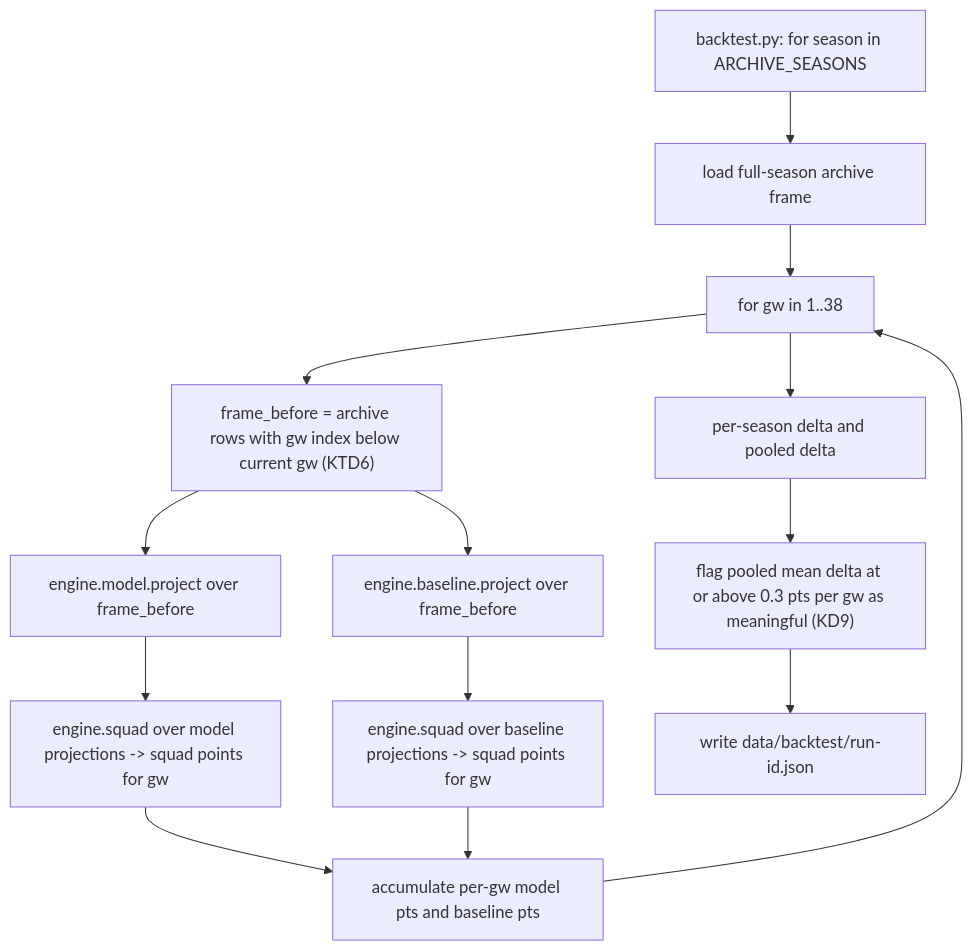
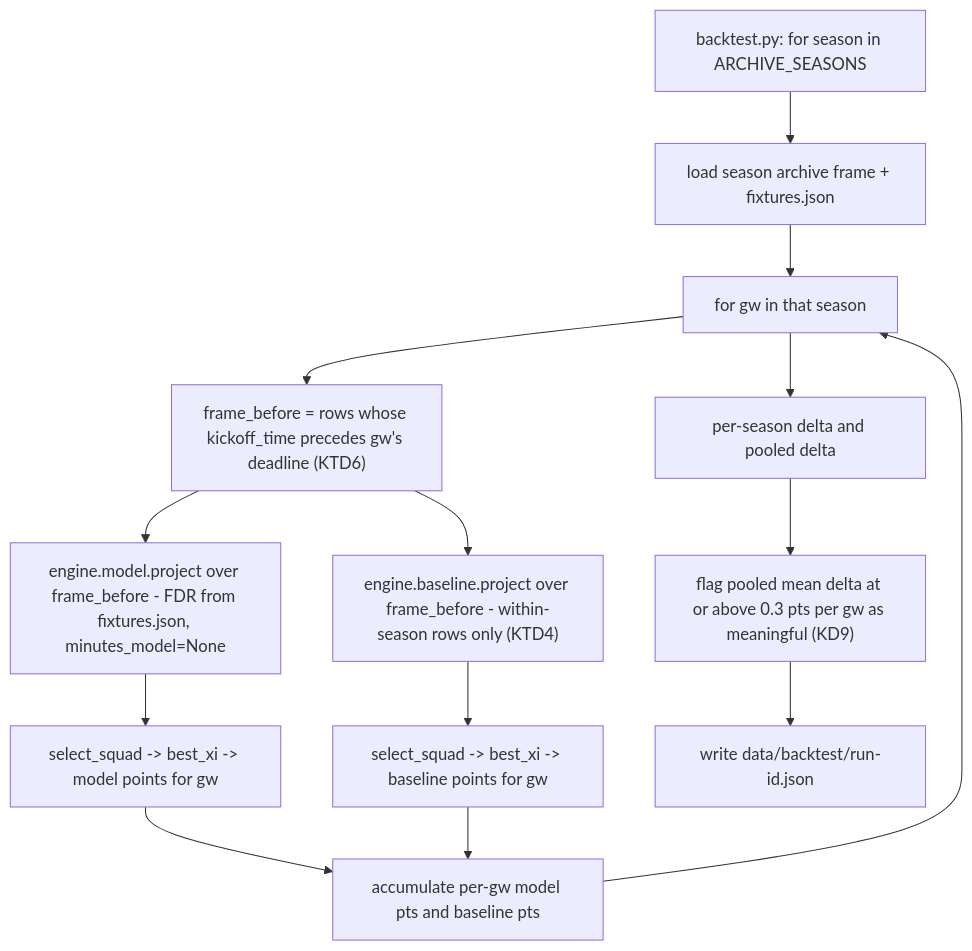
Before and after one commit to natleewhee/fplforecast: the third of 3 diagrams in plans/2026-08-29-1756-feat-fpl-decision-engine-plan.md, drawn with Mermaid. The commit also changed other lines of this file, not shown here.

First line of the commit message:
feat: strengthen FPL decision engine plan after document review

````diff
--- a/plans/2026-08-29-1756-feat-fpl-decision-engine-plan.md
+++ b/plans/2026-08-29-1756-feat-fpl-decision-engine-plan.md
@@ -286,16 +290,16 @@
 ```mermaid
 flowchart TB
-  A[backtest.py: for season in ARCHIVE_SEASONS] --> B[load full-season archive frame]
-  B --> C[for gw in 1..38]
-  C --> D["frame_before = archive rows with gw index below current gw (KTD6)"]
-  D --> E[engine.model.project over frame_before]
-  D --> F[engine.baseline.project over frame_before]
-  E --> G[engine.squad over model projections -> squad points for gw]
-  F --> H[engine.squad over baseline projections -> squad points for gw]
+  A[backtest.py: for season in ARCHIVE_SEASONS] --> B[load season archive frame + fixtures.json]
+  B --> C[for gw in that season]
+  C --> D["frame_before = rows whose kickoff_time precedes gw's deadline (KTD6)"]
+  D --> E["engine.model.project over frame_before - FDR from fixtures.json, minutes_model=None"]
+  D --> F["engine.baseline.project over frame_before - within-season rows only (KTD4)"]
+  E --> G[select_squad -> best_xi -> model points for gw]
+  F --> H[select_squad -> best_xi -> baseline points for gw]
   G --> I[accumulate per-gw model pts and baseline pts]
   H --> I
   I --> C
   C --> J[per-season delta and pooled delta]
   J --> K["flag pooled mean delta at or above 0.3 pts per gw as meaningful (KD9)"]
   K --> L[write data/backtest/run-id.json]
 ```
````
